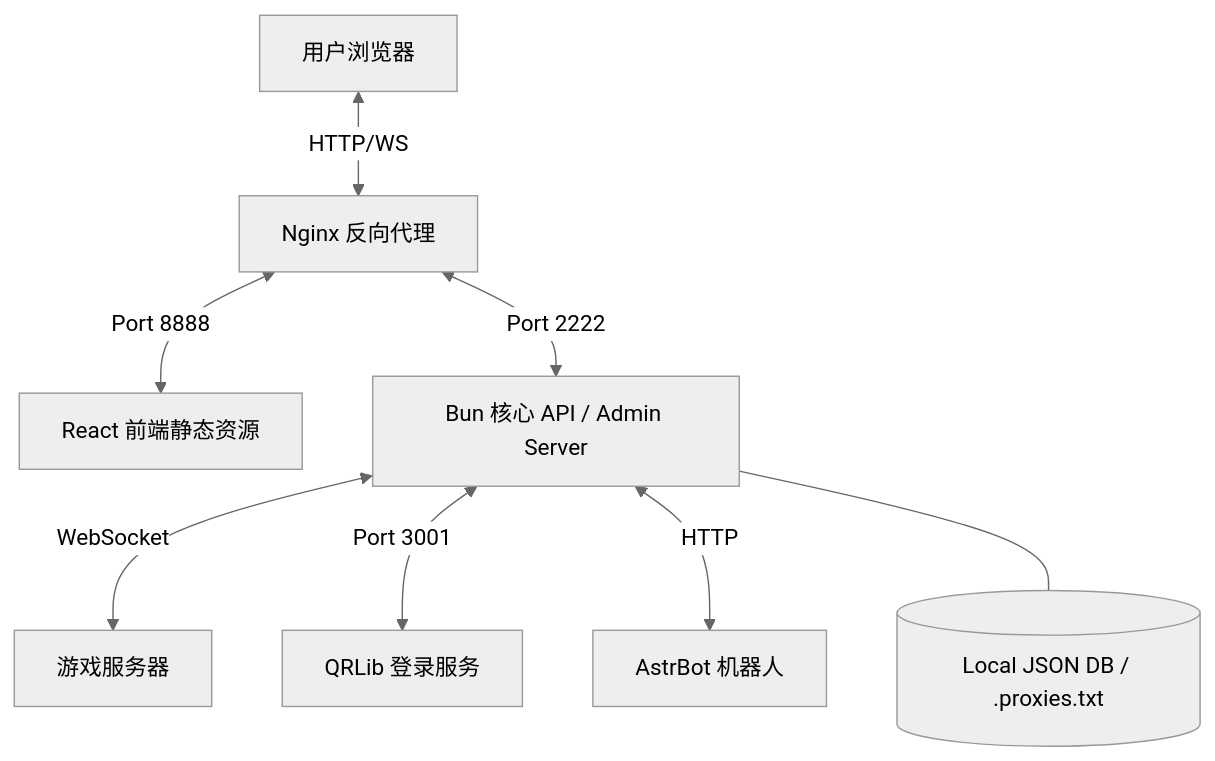
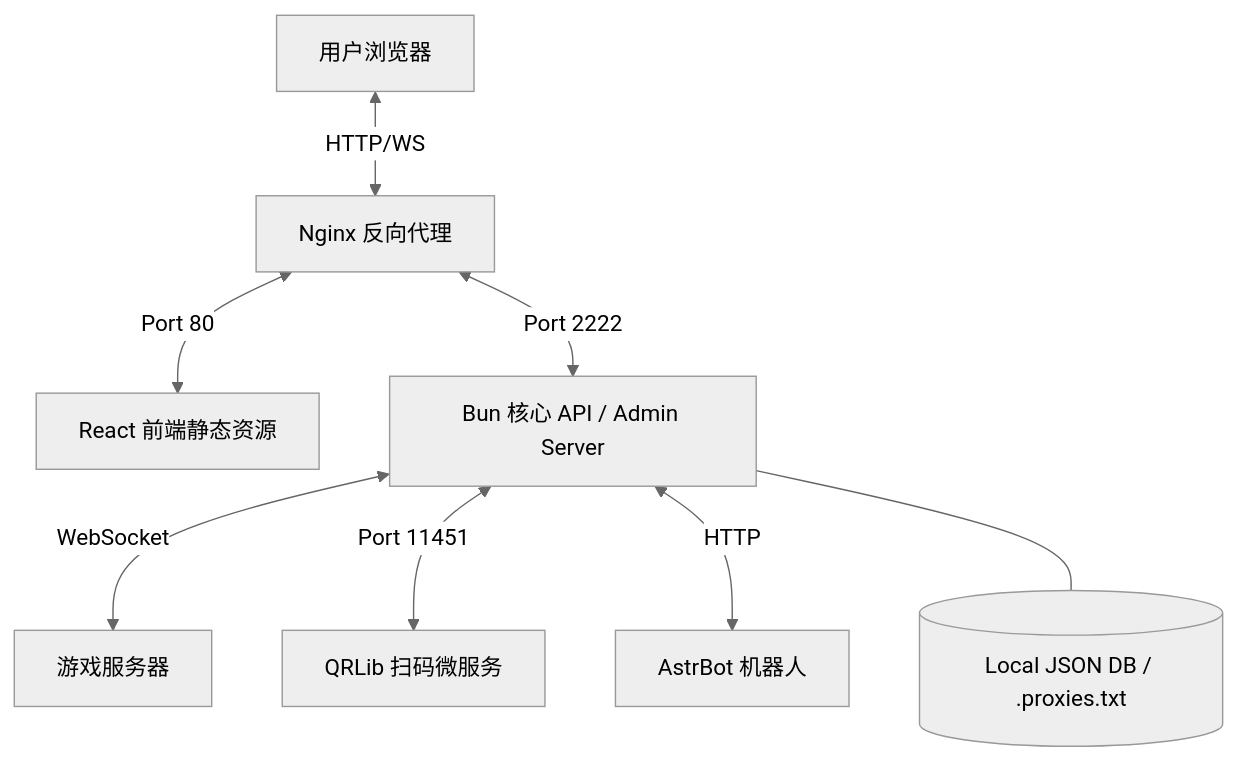
Before and after one commit to anyucom/Terminal-Farm-Business: the diagram in README.md, drawn with Mermaid (neutral theme). The commit also changed other lines of this file, not shown here.

````diff
--- a/README.md
+++ b/README.md
@@ -99,10 +125,10 @@
 ```mermaid
 graph TD
     A[用户浏览器] <-->|HTTP/WS| B[Nginx 反向代理]
-    B <-->|Port 8888| C[React 前端静态资源]
+    B <-->|Port 80| C[React 前端静态资源]
     B <-->|Port 2222| D[Bun 核心 API / Admin Server]
     D <-->|WebSocket| E[游戏服务器]
-    D <-->|Port 3001| F[QRLib 登录服务]
+    D <-->|Port 11451| F[QRLib 扫码微服务]
     D <-->|HTTP| G[AstrBot 机器人]
     D --- H[(Local JSON DB / .proxies.txt)]
 ```
````
